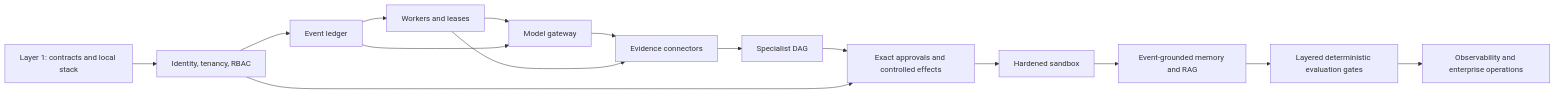
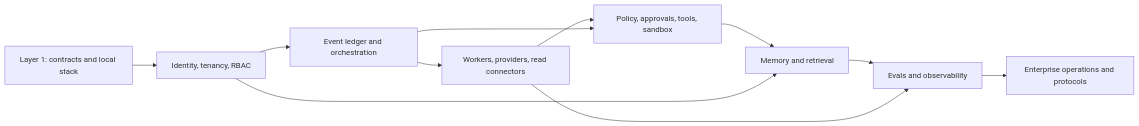
One commit to mrinmoyece/aegis-agent-platform changed the diagram in docs/enterprise-implementation-plan.md. Above: the diagram before and after it, drawn with Mermaid. The commit also changed other lines of this file and 39 other files, not shown here.

````diff
--- a/docs/enterprise-implementation-plan.md
+++ b/docs/enterprise-implementation-plan.md
@@ -37,19 +37,15 @@
 ```mermaid
 flowchart LR
   L1[Layer 1: contracts and local stack]
   L2[Identity, tenancy, RBAC]
-  L3[Event ledger]
-  L4[Workers and leases]
-  L5[Model gateway]
-  L6[Evidence connectors]
-  L7[Specialist DAG]
-  L8[Exact approvals and controlled effects]
-  L9[Hardened sandbox]
-  L10[Event-grounded memory and RAG]
-  L11[Layered deterministic evaluation gates]
-  L12[Observability and enterprise operations]
-  L1 --> L2 --> L3 --> L4 --> L5 --> L6 --> L7 --> L8 --> L9 --> L10 --> L11 --> L12
+  L3[Event ledger and orchestration]
+  L4[Workers, providers, read connectors]
+  L5[Policy, approvals, tools, sandbox]
+  L6[Memory and retrieval]
+  L7[Evals and observability]
+  L8[Enterprise operations and protocols]
+  L1 --> L2 --> L3 --> L4 --> L5 --> L6 --> L7 --> L8
   L3 --> L5
-  L4 --> L6
-  L2 --> L8
+  L4 --> L7
+  L2 --> L6
 ```
````
